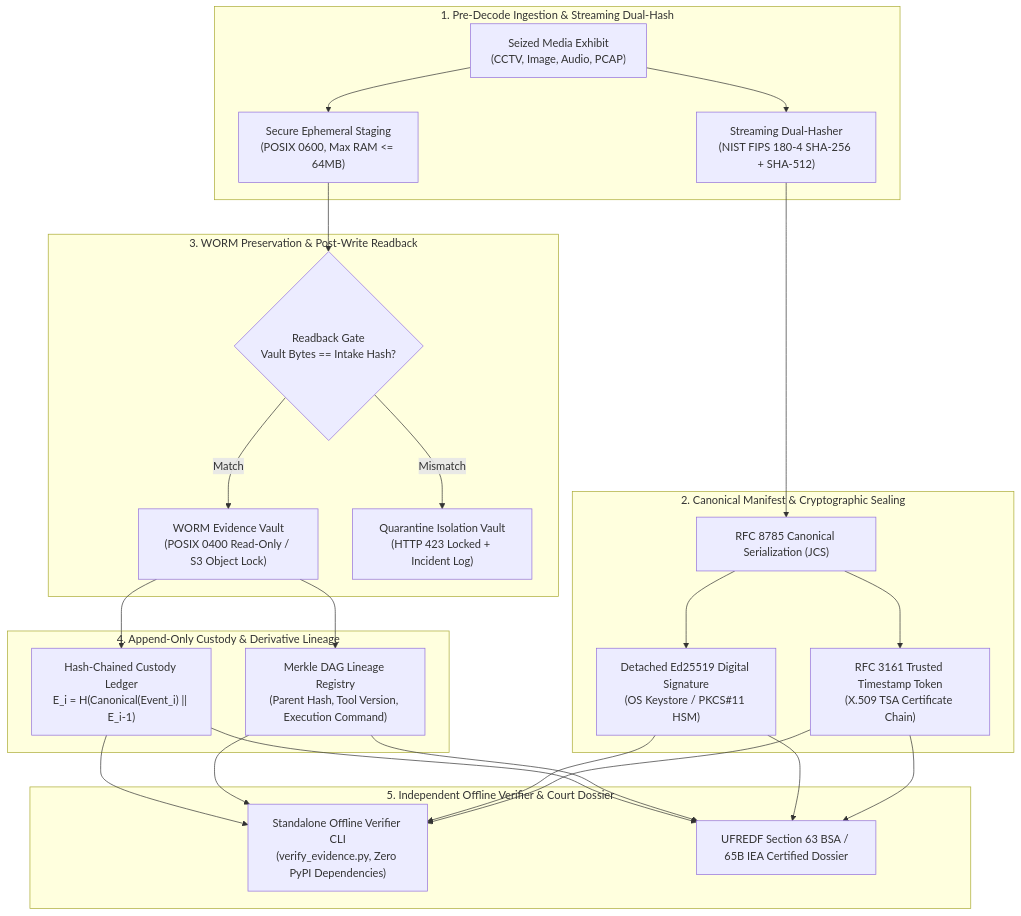
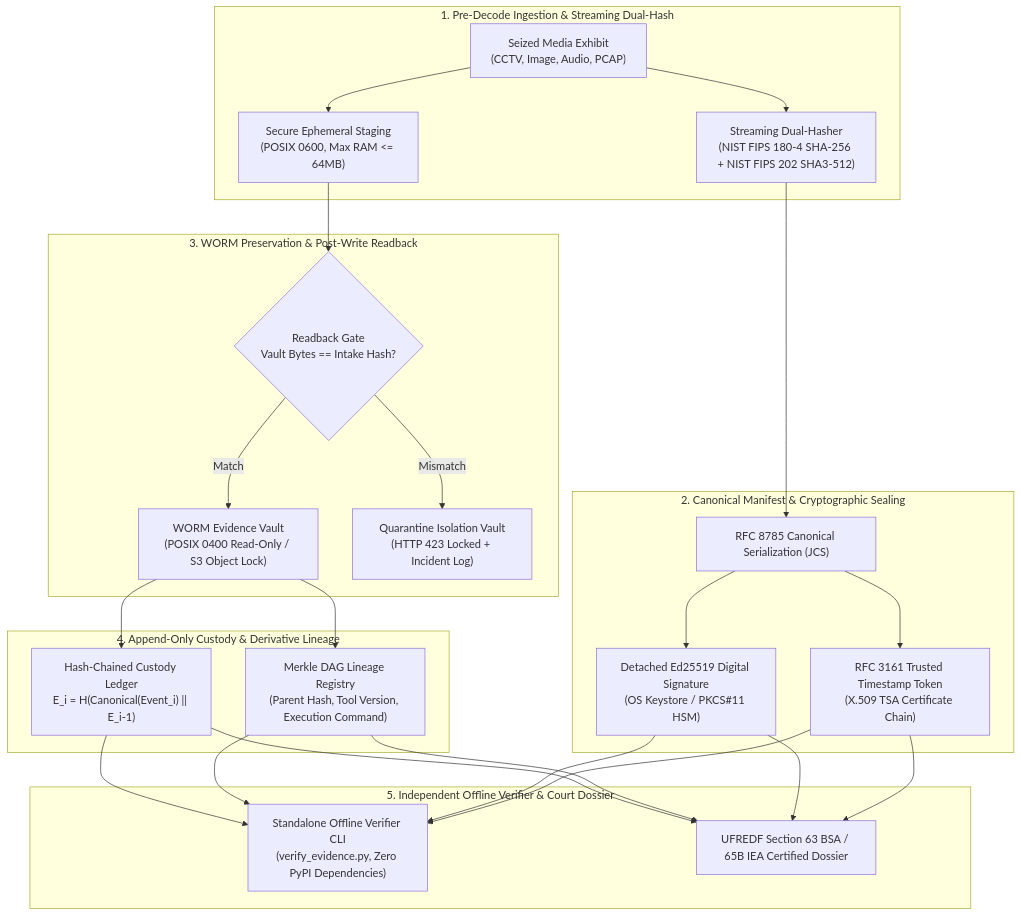
Before and after one commit to Subhadip-Paul2006/BHack-Docs: diagram 13 of 15 in README.md, drawn with Mermaid. The commit also changed other lines of this file and 1 other file, not shown here.

````diff
--- a/README.md
+++ b/README.md
@@ -1611,37 +1611,37 @@
 ```mermaid id="eivarchreadme"
 flowchart TD
     subgraph INTAKE["1. Pre-Decode Ingestion & Streaming Dual-Hash"]
         RAW["Seized Media Exhibit<br/>(CCTV, Image, Audio, PCAP)"]
-        HASHER["Streaming Dual-Hasher<br/>(NIST FIPS 180-4 SHA-256 + SHA-512)"]
+        HASHER["Streaming Dual-Hasher<br/>(NIST FIPS 180-4 SHA-256 + NIST FIPS 202 SHA3-512)"]
         STAGING["Secure Ephemeral Staging<br/>(POSIX 0600, Max RAM <= 64MB)"]
         RAW --> HASHER & STAGING
     end
 
     subgraph ATTESTATION["2. Canonical Manifest & Cryptographic Sealing"]
         JCS["RFC 8785 Canonical Serialization (JCS)"]
         ED25519["Detached Ed25519 Digital Signature<br/>(OS Keystore / PKCS#11 HSM)"]
         TSA["RFC 3161 Trusted Timestamp Token<br/>(X.509 TSA Certificate Chain)"]
         HASHER --> JCS --> ED25519 & TSA
     end
 
     subgraph VAULT["3. WORM Preservation & Post-Write Readback"]
         GATE{"Readback Gate<br/>Vault Bytes == Intake Hash?"}
         WORM["WORM Evidence Vault<br/>(POSIX 0400 Read-Only / S3 Object Lock)"]
         QRNT["Quarantine Isolation Vault<br/>(HTTP 423 Locked + Incident Log)"]
         STAGING --> GATE
         GATE -->|Match| WORM
         GATE -->|Mismatch| QRNT
     end
 
     subgraph LIFECYCLE["4. Append-Only Custody & Derivative Lineage"]
         LEDGER["Hash-Chained Custody Ledger<br/>E_i = H(Canonical(Event_i) || E_i-1)"]
         DAG["Merkle DAG Lineage Registry<br/>(Parent Hash, Tool Version, Execution Command)"]
         WORM --> LEDGER & DAG
     end
 
     subgraph VERIFICATION["5. Independent Offline Verifier & Court Dossier"]
         CLI["Standalone Offline Verifier CLI<br/>(verify_evidence.py, Zero PyPI Dependencies)"]
         DOSSIER["UFREDF Section 63 BSA / 65B IEA Certified Dossier"]
         LEDGER & DAG & ED25519 & TSA --> CLI & DOSSIER
     end
 ```
````
